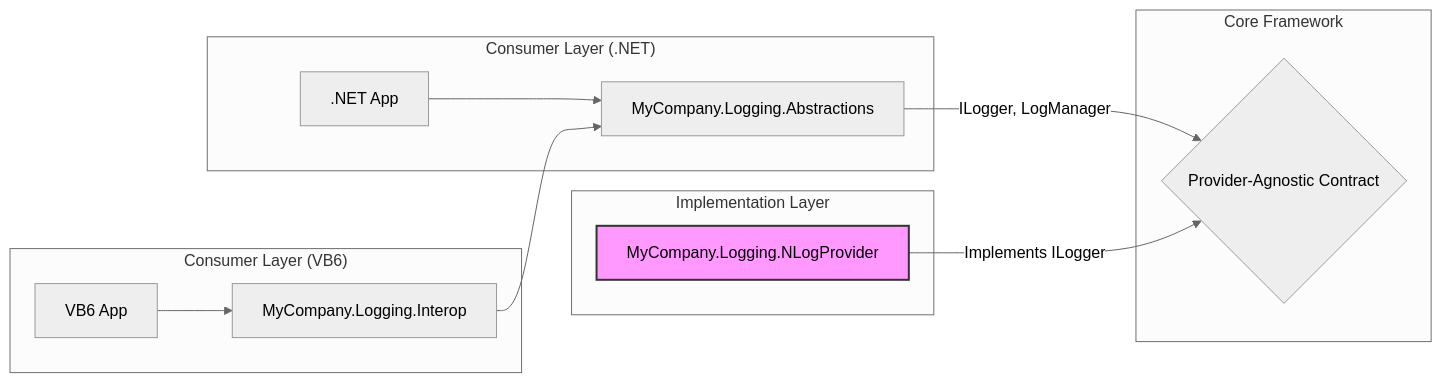
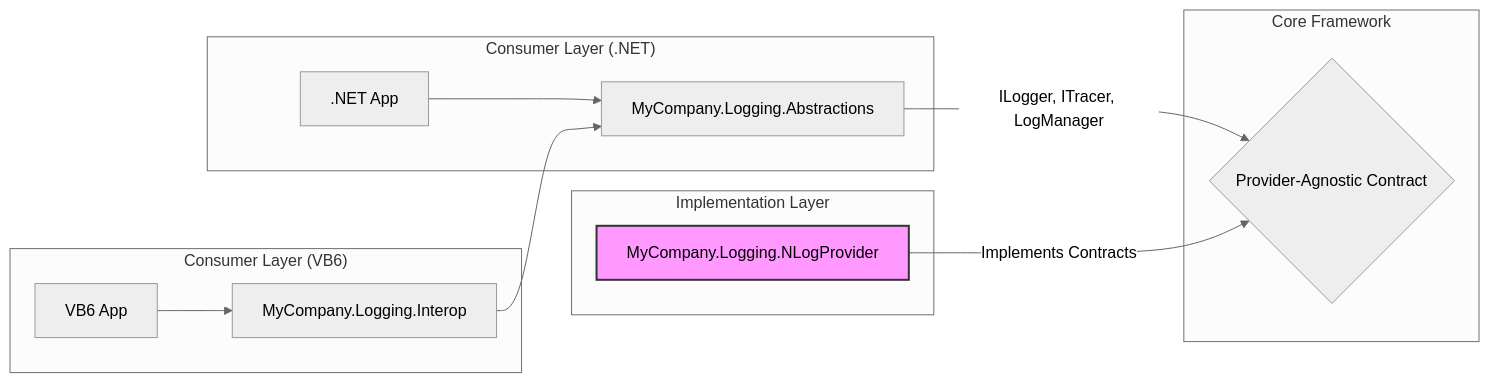
Before and after one commit to Brahmin95/LegacyComLogger: the second of 2 diagrams in Docs/wiki.md, drawn with Mermaid (neutral theme). The commit also changed other lines of this file, not shown here.

````diff
--- a/Docs/wiki.md
+++ b/Docs/wiki.md
@@ -73,21 +71,21 @@
 ```mermaid
 graph LR
     subgraph "Consumer Layer (VB6)"
         A[VB6 App] --> B[MyCompany.Logging.Interop]
     end
     subgraph "Consumer Layer (.NET)"
         C[.NET App] --> D[MyCompany.Logging.Abstractions]
     end
     
     B --> D
     
     subgraph "Core Framework"
-        D -- "ILogger, LogManager" --> E{Provider-Agnostic Contract}
+        D -- "ILogger, ITracer, LogManager" --> E{Provider-Agnostic Contract}
     end
 
     subgraph "Implementation Layer"
-       F[MyCompany.Logging.NLogProvider] -- "Implements ILogger" --> E
+       F[MyCompany.Logging.NLogProvider] -- "Implements Contracts" --> E
     end
 
     style F fill:#f9f,stroke:#333,stroke-width:2px
 ```
````
